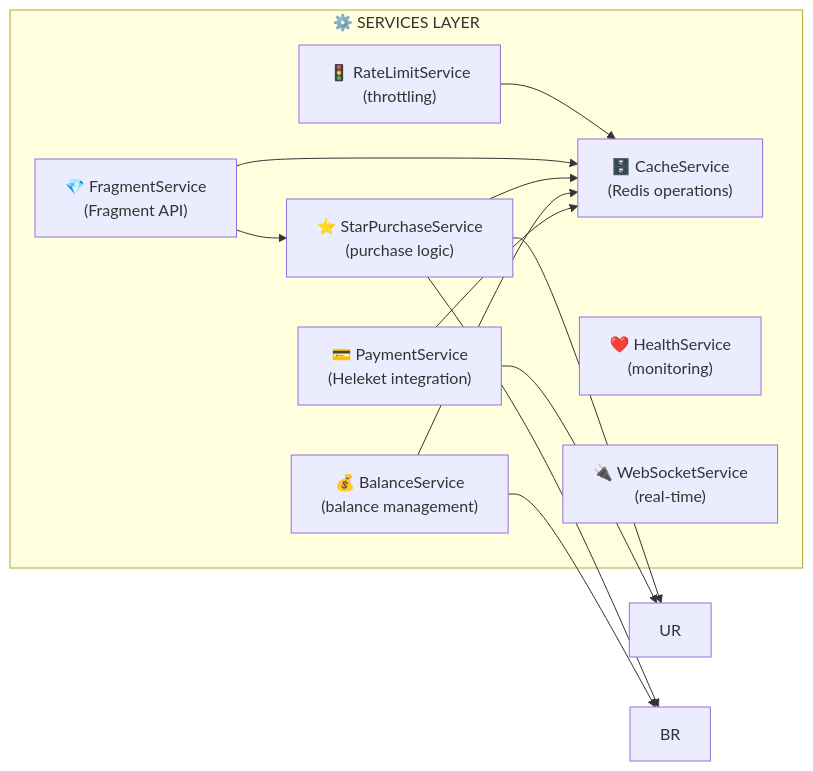
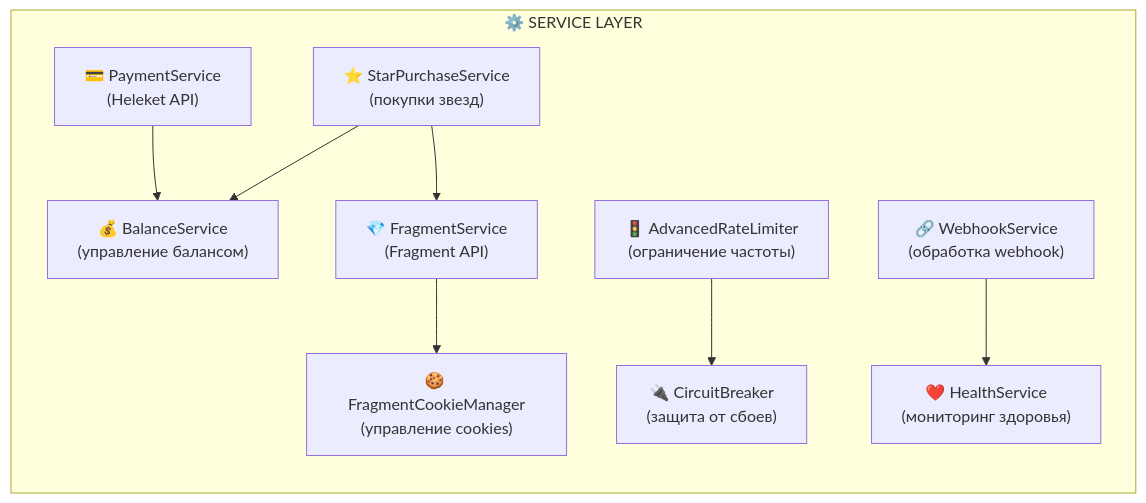
One commit to neKamita/Mirza-Telegram-Shop-Bot changed the fifth of 15 diagrams in docs/ARCHITECTURE.md. Above: the diagram before and after it, drawn with Mermaid. The commit also changed other lines of this file and 7 other files, not shown here.

````diff
--- a/docs/ARCHITECTURE.md
+++ b/docs/ARCHITECTURE.md
@@ -159,25 +240,21 @@
 ```mermaid
 graph LR
-    subgraph "⚙️ SERVICES LAYER"
-        PS["💳 PaymentService<br/>(Heleket integration)"]
-        BS["💰 BalanceService<br/>(balance management)"]
-        SPS["⭐ StarPurchaseService<br/>(purchase logic)"]
+    subgraph "⚙️ SERVICE LAYER"
+        PS["💳 PaymentService<br/>(Heleket API)"]
+        BS["💰 BalanceService<br/>(управление балансом)"]
+        SPS["⭐ StarPurchaseService<br/>(покупки звезд)"]
         FS["💎 FragmentService<br/>(Fragment API)"]
-        CS["🗄️ CacheService<br/>(Redis operations)"]
-        RL["🚦 RateLimitService<br/>(throttling)"]
-        HS["❤️ HealthService<br/>(monitoring)"]
-        WS["🔌 WebSocketService<br/>(real-time)"]
+        FCM["🍪 FragmentCookieManager<br/>(управление cookies)"]
+        ARL["🚦 AdvancedRateLimiter<br/>(ограничение частоты)"]
+        CB["🔌 CircuitBreaker<br/>(защита от сбоев)"]
+        HS["❤️ HealthService<br/>(мониторинг здоровья)"]
+        WS["🔗 WebhookService<br/>(обработка webhook)"]
     end
-    
-    PS --> CS
-    BS --> CS
-    SPS --> CS
-    FS --> CS
-    RL --> CS
-    
-    PS --> UR
-    BS --> BR
-    SPS --> UR
-    SPS --> BR
-    FS --> SPS
+
+    PS --> BS
+    SPS --> BS
+    SPS --> FS
+    FS --> FCM
+    ARL --> CB
+    WS --> HS
 ```
````
